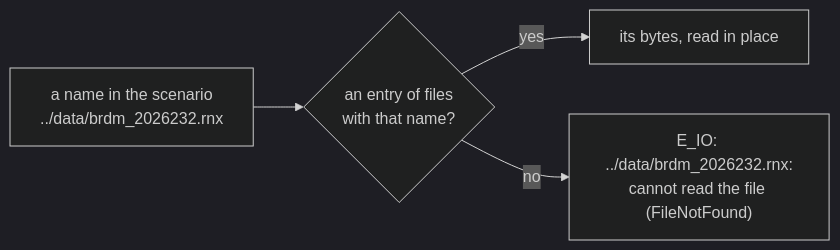
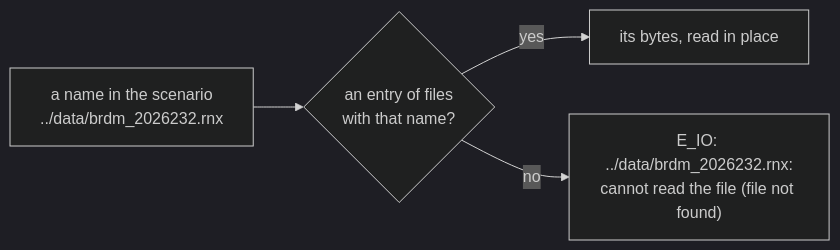
The second of 3 diagrams in docs/guide/c-api/pack.md (EEddeenn/Pharos), drawn with Mermaid (dark theme) before and after one commit. The commit also changed 48 other files, not shown here.

````diff
--- a/docs/guide/c-api/pack.md
+++ b/docs/guide/c-api/pack.md
@@ -121,6 +121,6 @@
 ```mermaid
 flowchart LR
     name["a name in the scenario<br/>../data/brdm_2026232.rnx"] --> match{"an entry of files<br/>with that name?"}
     match -- "yes" --> bytes["its bytes, read in place"]
-    match -- "no" --> fail["E_IO: ../data/brdm_2026232.rnx:<br/>cannot read the file (FileNotFound)"]
+    match -- "no" --> fail["E_IO: ../data/brdm_2026232.rnx:<br/>cannot read the file (file not found)"]
 ```
````
